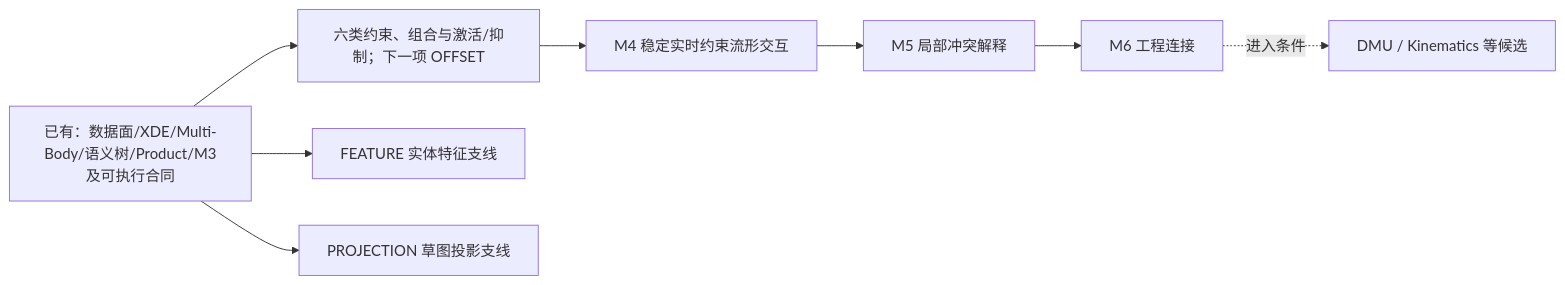
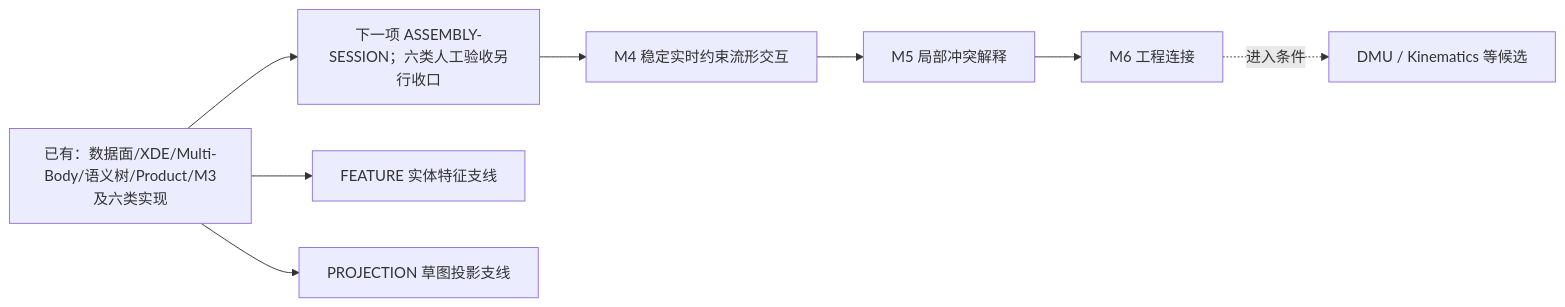
The diagram in plans/README.md (cossoledad/occccad), drawn with Mermaid before and after one commit. The commit also changed other lines of this file and 104 other files, not shown here.

````diff
--- a/plans/README.md
+++ b/plans/README.md
@@ -11,10 +11,10 @@
 ```mermaid
 flowchart LR
-    Baseline["已有：数据面/XDE/Multi-Body/语义树/Product/M3及可执行合同"] --> Parity["六类约束、组合与激活/抑制；下一项 OFFSET"]
-    Parity --> Drag["M4 稳定实时约束流形交互"]
+    Baseline["已有：数据面/XDE/Multi-Body/语义树/Product/M3及六类实现"] --> Session["下一项 ASSEMBLY-SESSION；六类人工验收另行收口"]
+    Session --> Drag["M4 稳定实时约束流形交互"]
     Drag --> Conflict["M5 局部冲突解释"]
     Conflict --> Connection["M6 工程连接"]
     Baseline --> Feature["FEATURE 实体特征支线"]
     Baseline --> Projection["PROJECTION 草图投影支线"]
     Connection -.进入条件.-> Future["DMU / Kinematics 等候选"]
 ```
````
